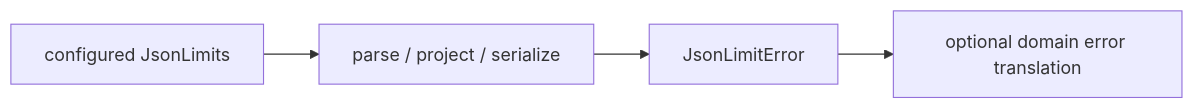
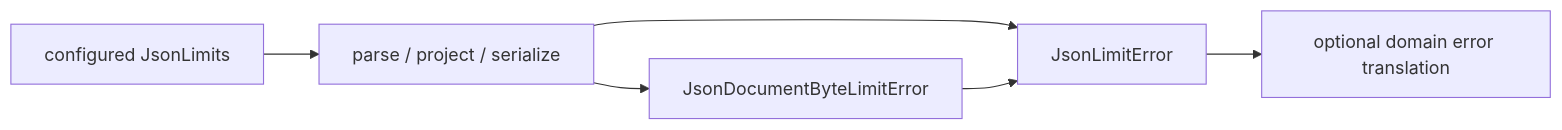
Before and after one commit to eragasa/projectkoios-ingestion: the diagram in docs/architecture/projectkoios/ingestion/json/limits/error/schematic.md, drawn with Mermaid. The commit also changed 210 other files, not shown here.

````diff
--- a/docs/architecture/projectkoios/ingestion/json/limits/error/schematic.md
+++ b/docs/architecture/projectkoios/ingestion/json/limits/error/schematic.md
@@ -3,11 +3,13 @@
 ```mermaid
 flowchart LR
     Boundary["configured JsonLimits"]
     Operation["parse / project / serialize"]
     Error["JsonLimitError"]
+    ByteError["JsonDocumentByteLimitError"]
     Domain["optional domain error translation"]
 
     Boundary --> Operation
     Operation --> Error
+    Operation --> ByteError --> Error
     Error --> Domain
 ```
````
